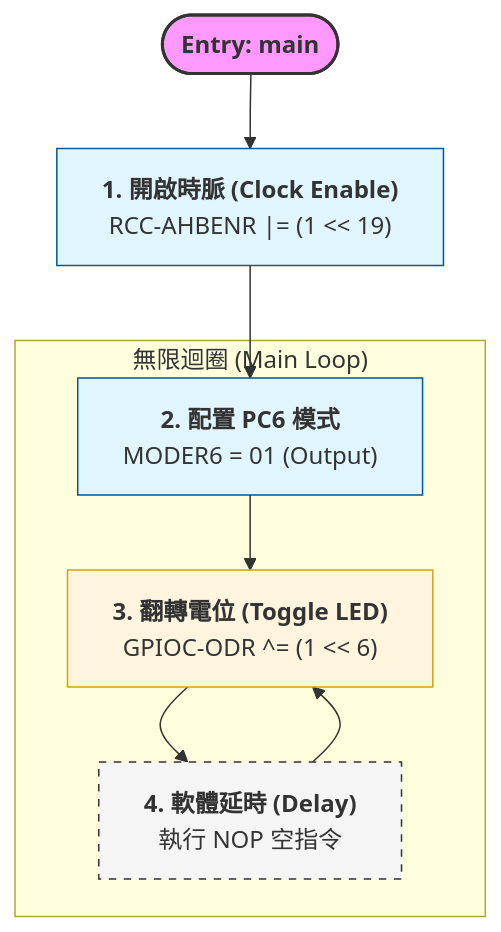
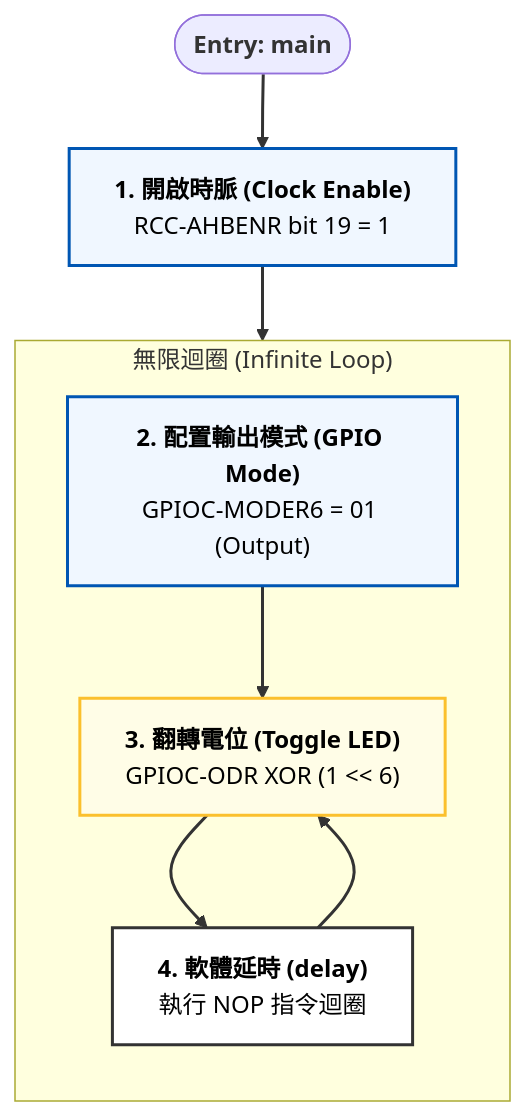
The third of 4 diagrams in README.md (PlusRon/Firmware-STM32-SSD-Emulator), drawn with Mermaid before and after one commit. The commit also changed other lines of this file, not shown here.

````diff
--- a/README.md
+++ b/README.md
@@ -128,20 +128,20 @@
     ```mermaid
     graph TD
-      %% 初始化階段
-      Start([<b>Entry: main</b>]) --> Clock["<b>1. 開啟時脈 (Clock Enable)</b><br/>RCC-AHBENR |= (1 << 19)"]
-      Clock --> Config["<b>2. 配置 PC6 模式</b><br/>MODER6 = 01 (Output)"]
+      %% 定義節點樣式：淺底深字 (High Contrast)
+      classDef init fill:#f0f7ff,stroke:#0056b3,stroke-width:2px,color:#000;
+      classDef loop fill:#fffde7,stroke:#fbc02d,stroke-width:2px,color:#000;
+      classDef action fill:#ffffff,stroke:#333,stroke-width:2px,color:#000;
   
-      %% 運作迴圈
-      subgraph Loop ["無限迴圈 (Main Loop)"]
-          Config --> Toggle["<b>3. 翻轉電位 (Toggle LED)</b><br/>GPIOC-ODR ^= (1 << 6)"]
-          Toggle --> Delay["<b>4. 軟體延時 (Delay)</b><br/>執行 NOP 空指令"]
+      Start([<b>Entry: main</b>]) --> Clock["<b>1. 開啟時脈 (Clock Enable)</b><br/>RCC-AHBENR bit 19 = 1"]:::init
+      Clock --> Config["<b>2. 配置輸出模式 (GPIO Mode)</b><br/>GPIOC-MODER6 = 01 (Output)"]:::init
+  
+      subgraph MainLoop ["無限迴圈 (Infinite Loop)"]
+          direction TB
+          Config --> Toggle["<b>3. 翻轉電位 (Toggle LED)</b><br/>GPIOC-ODR XOR (1 << 6)"]:::loop
+          Toggle --> Delay["<b>4. 軟體延時 (delay)</b><br/>執行 NOP 指令迴圈"]:::action
           Delay --> Toggle
       end
   
-      %% 樣式設定
-      style Start fill:#f9f,stroke:#333,stroke-width:2px
-      style Clock fill:#e1f5fe,stroke:#01579b
-      style Config fill:#e1f5fe,stroke:#01579b
-      style Toggle fill:#fff4dd,stroke:#d4a017
-      style Delay fill:#f5f5f5,stroke:#333,stroke-dasharray: 5 5
+      %% 連結樣式
+      linkStyle default stroke:#333,stroke-width:2px;
     ```
````
